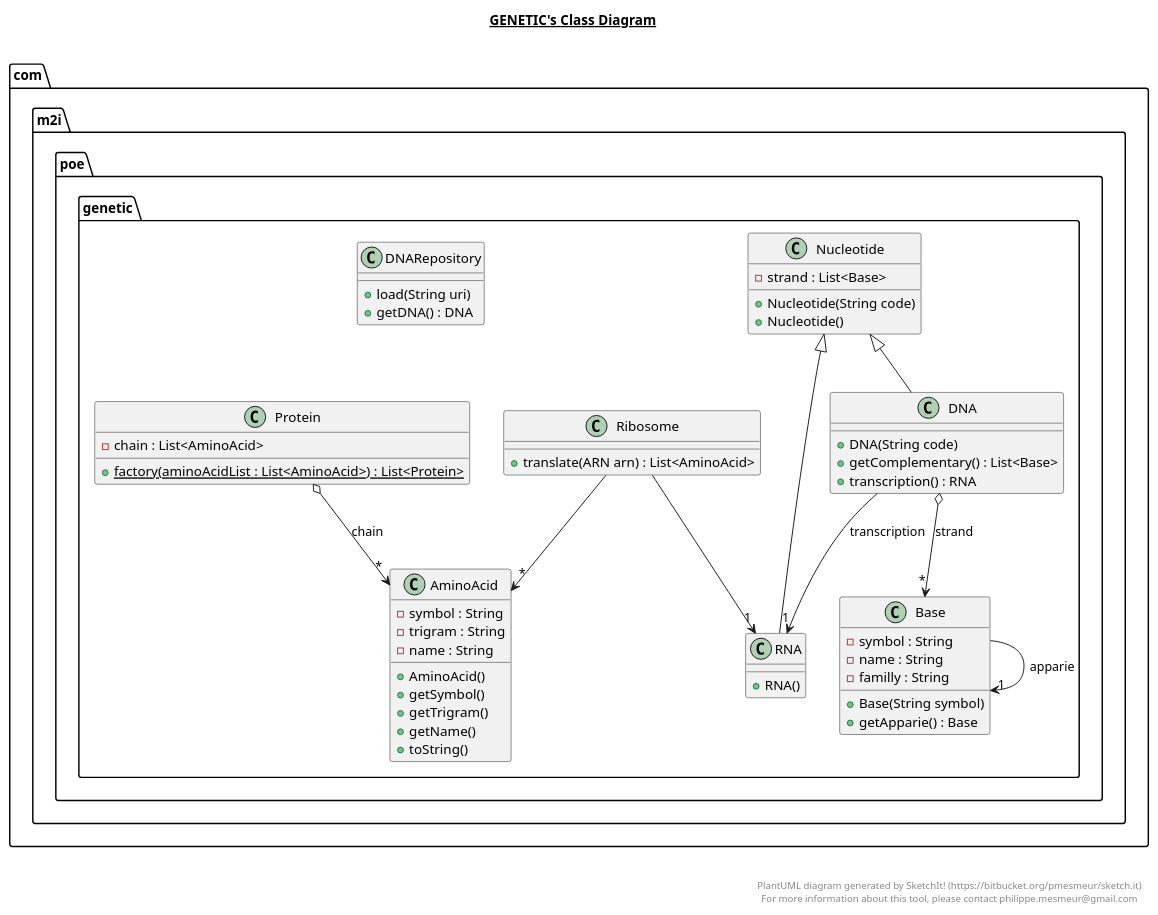
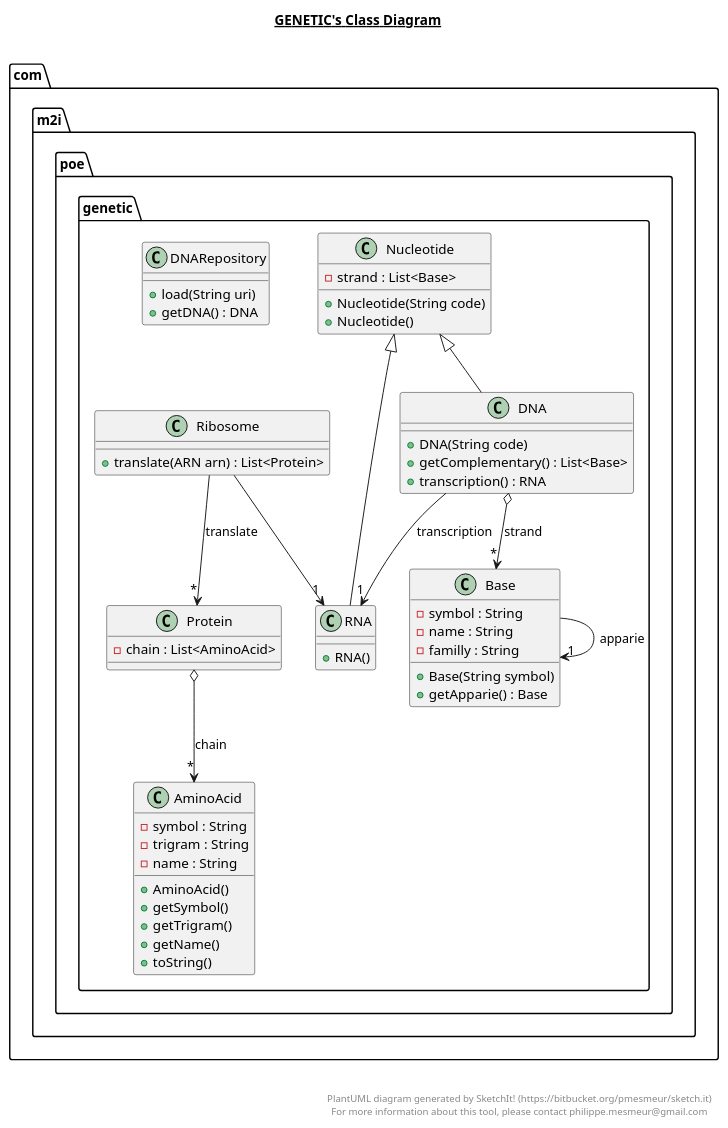
The diagram in src/com/m2i/poe/genetic/genetic.plantuml (cyrilvincent/POE), drawn with PlantUML before and after one commit.

Commit message:
Genetic UML

```diff
--- a/src/com/m2i/poe/genetic/genetic.plantuml
+++ b/src/com/m2i/poe/genetic/genetic.plantuml
@@ -1,108 +1,107 @@
 @startuml
 
 title __GENETIC's Class Diagram__\n
 
   package com.m2i.poe {
       package com.m2i.poe.genetic {
         class DNARepository {
             + load(String uri)
             + getDNA() : DNA
         }
       }
     }
 
   package com.m2i.poe {
     package com.m2i.poe.genetic {
       class RNA {
           + RNA()
       }
     }
   }
 
   package com.m2i.poe {
       package com.m2i.poe.genetic {
         class Ribosome {
-            + translate(ARN arn) : List<AminoAcid>
+            + translate(ARN arn) : List<Protein>
         }
       }
     }
   
 
   package com.m2i.poe {
     package com.m2i.poe.genetic {
       class AminoAcid {
           - symbol : String
           - trigram : String
           - name : String
           + AminoAcid()
           + getSymbol()
           + getTrigram()
           + getName()
           + toString()
       }
     }
   }
 
   package com.m2i.poe {
       package com.m2i.poe.genetic {
         class Protein {
             - chain : List<AminoAcid>
-            + {static} factory(aminoAcidList : List<AminoAcid>) : List<Protein>
         }
       }
     }
   
 
   package com.m2i.poe {
     package com.m2i.poe.genetic {
       class Base {
           - symbol : String
           - name : String
           - familly : String
           + Base(String symbol)
           + getApparie() : Base
       }
     }
   }
   
 
   package com.m2i.poe {
     package com.m2i.poe.genetic {
       class DNA {
           + DNA(String code)
           + getComplementary() : List<Base>
           + transcription() : RNA
       }
     }
   }
 
   package com.m2i.poe {
       package com.m2i.poe.genetic {
         class Nucleotide {
             - strand : List<Base>
             + Nucleotide(String code)
             + Nucleotide()
         }
       }
     }
 
   Base --> "1" Base : apparie
   DNA o--> "*" Base : strand
   DNA --> "1" RNA : transcription
   Protein o--> "*" AminoAcid : chain
   Ribosome --> "1" RNA
-  Ribosome --> "*" AminoAcid
+  Ribosome --> "*" Protein : translate
   DNA -up-|> Nucleotide
   RNA -up-|> Nucleotide
 
 
 
 
 right footer
 
 
 PlantUML diagram generated by SketchIt! (https://bitbucket.org/pmesmeur/sketch.it)
 For more information about this tool, please contact philippe.mesmeur@gmail.com
 endfooter
 
 @enduml
```
